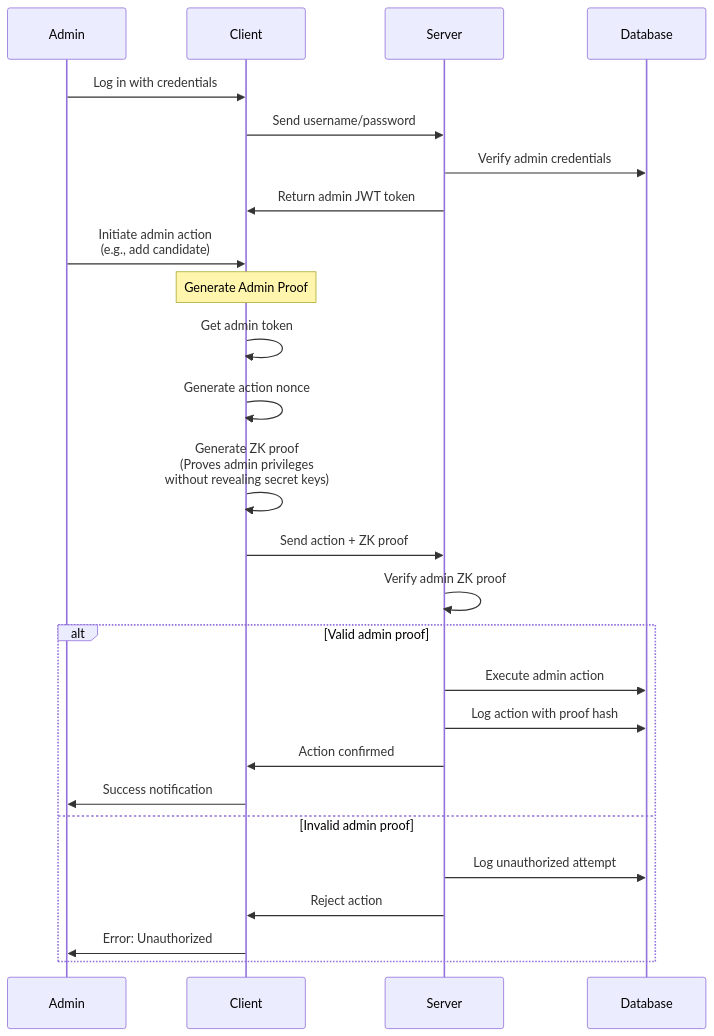
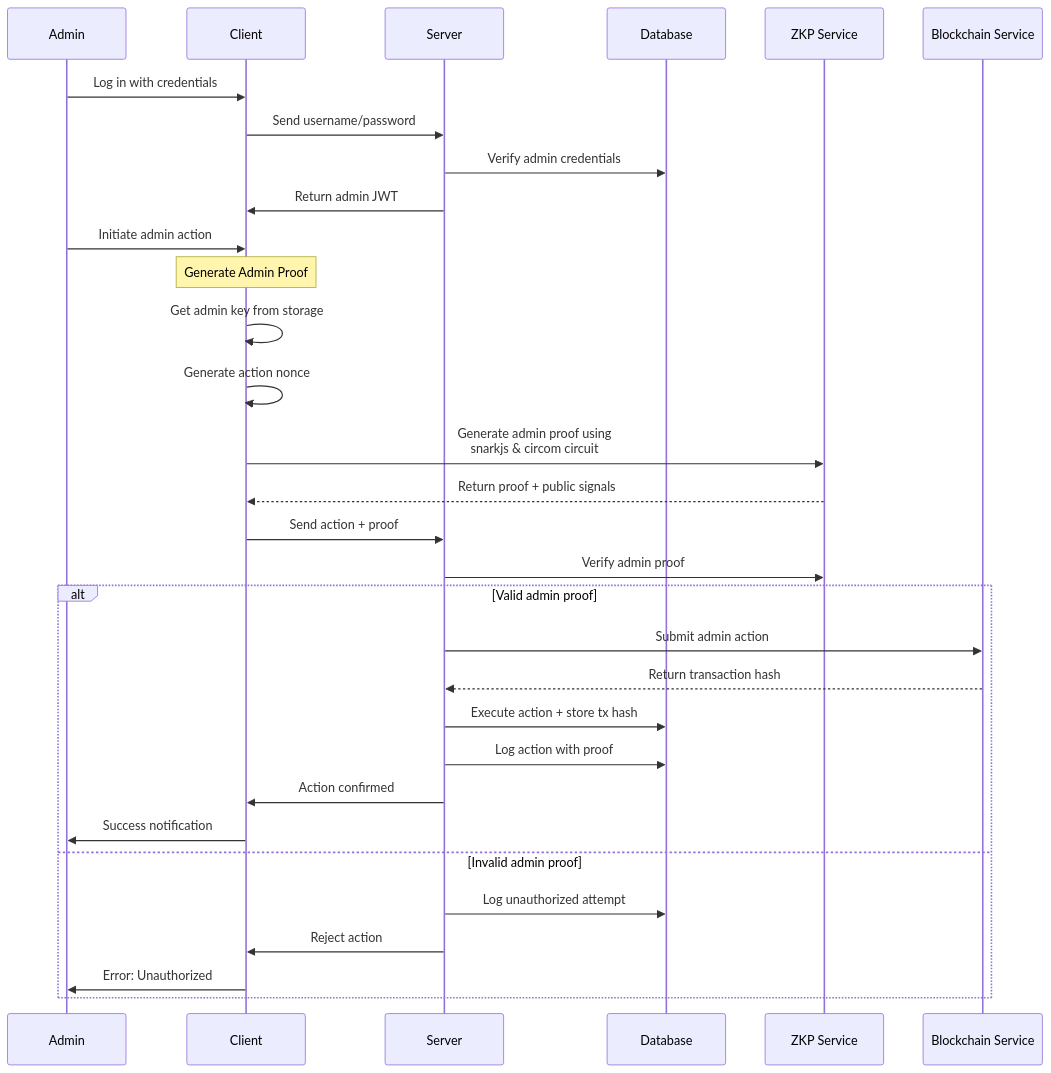
One commit to talatops/ZKP-SNARK-VOTING changed the third of 4 diagrams in ZKP-FLOW-DIAGRAM.md. Above: the diagram before and after it, drawn with Mermaid. The commit also changed other lines of this file and 2 other files, not shown here.

Commit message:
docs: update ZKP documentation with current implementation details

````diff
--- a/ZKP-FLOW-DIAGRAM.md
+++ b/ZKP-FLOW-DIAGRAM.md
@@ -69,34 +79,39 @@
 ```mermaid
 sequenceDiagram
     participant Admin
     participant Client
     participant Server
     participant DB as Database
+    participant ZKP as ZKP Service
+    participant BC as Blockchain Service
 
     Admin->>Client: Log in with credentials
     Client->>Server: Send username/password
     Server->>DB: Verify admin credentials
-    Server->>Client: Return admin JWT token
+    Server->>Client: Return admin JWT
     
-    Admin->>Client: Initiate admin action<br/>(e.g., add candidate)
+    Admin->>Client: Initiate admin action
     
     note over Client: Generate Admin Proof
-    Client->>Client: Get admin token
+    Client->>Client: Get admin key from storage
     Client->>Client: Generate action nonce
-    Client->>Client: Generate ZK proof<br/>(Proves admin privileges<br/>without revealing secret keys)
+    Client->>ZKP: Generate admin proof using<br/>snarkjs & circom circuit
+    ZKP-->>Client: Return proof + public signals
     
-    Client->>Server: Send action + ZK proof
+    Client->>Server: Send action + proof
     
-    Server->>Server: Verify admin ZK proof
+    Server->>ZKP: Verify admin proof
     
     alt Valid admin proof
-        Server->>DB: Execute admin action
-        Server->>DB: Log action with proof hash
+        Server->>BC: Submit admin action
+        BC-->>Server: Return transaction hash
+        Server->>DB: Execute action + store tx hash
+        Server->>DB: Log action with proof
         Server->>Client: Action confirmed
         Client->>Admin: Success notification
     else Invalid admin proof
         Server->>DB: Log unauthorized attempt
         Server->>Client: Reject action
         Client->>Admin: Error: Unauthorized
     end
 ```
````
